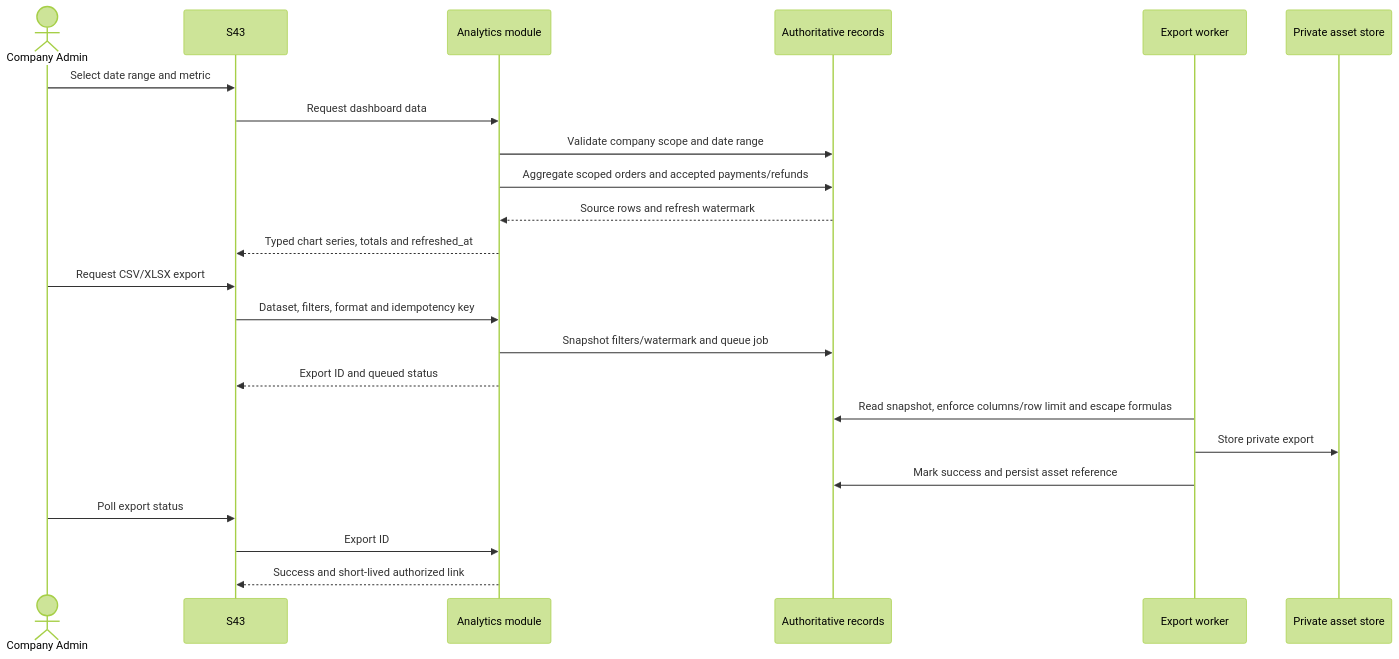
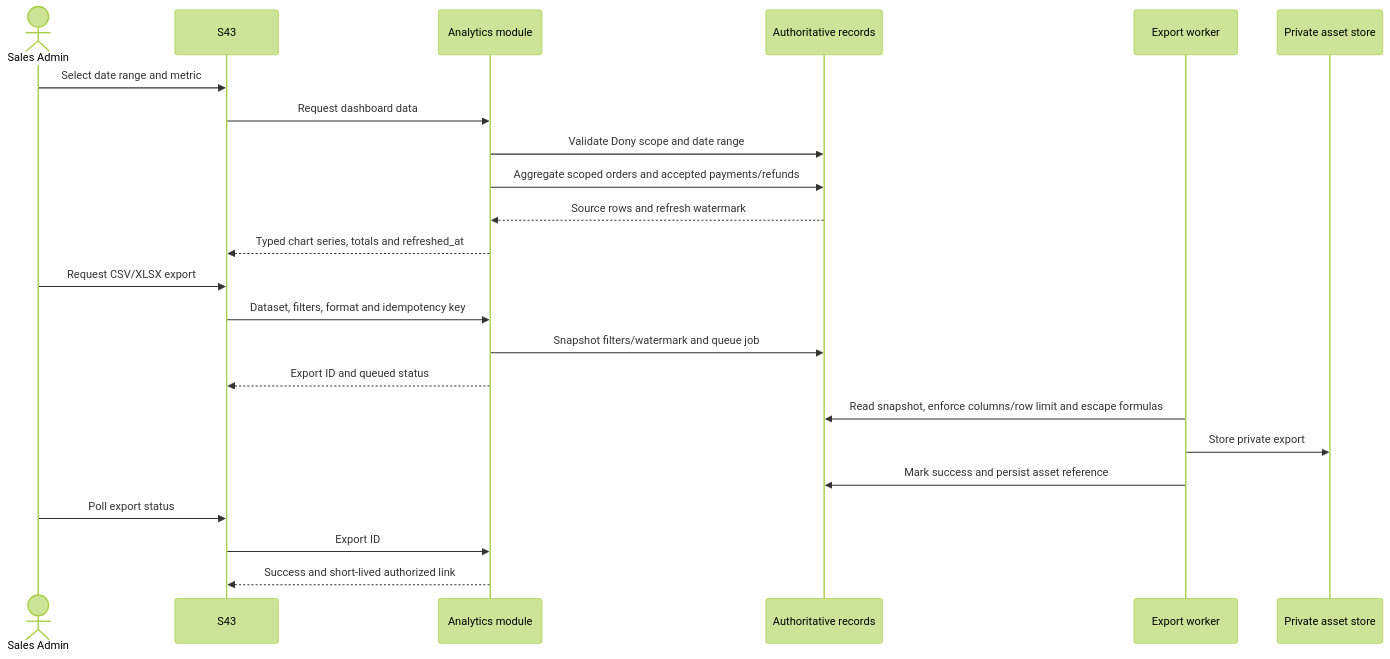
The second of 2 diagrams in specs/spec-MFG-11.md (ankhanhwork/weavelink-project), drawn with Mermaid (forest theme) before and after one commit. The commit also changed other lines of this file and 101 other files, not shown here.

````diff
--- a/specs/spec-MFG-11.md
+++ b/specs/spec-MFG-11.md
@@ -80,25 +83,25 @@
 ```mermaid
 sequenceDiagram
-    actor CompanyAdmin as Company Admin
+    actor SalesAdmin as Sales Admin
     participant AnalyticsUI as S43
     participant AnalyticsModule as Analytics module
     participant AuthoritativeDB as Authoritative records
     participant ExportWorker as Export worker
     participant PrivateAssetStore as Private asset store
-    CompanyAdmin->>AnalyticsUI: Select date range and metric
+    SalesAdmin->>AnalyticsUI: Select date range and metric
     AnalyticsUI->>AnalyticsModule: Request dashboard data
-    AnalyticsModule->>AuthoritativeDB: Validate company scope and date range
+    AnalyticsModule->>AuthoritativeDB: Validate Dony scope and date range
     AnalyticsModule->>AuthoritativeDB: Aggregate scoped orders and accepted payments/refunds
     AuthoritativeDB-->>AnalyticsModule: Source rows and refresh watermark
     AnalyticsModule-->>AnalyticsUI: Typed chart series, totals and refreshed_at
-    CompanyAdmin->>AnalyticsUI: Request CSV/XLSX export
+    SalesAdmin->>AnalyticsUI: Request CSV/XLSX export
     AnalyticsUI->>AnalyticsModule: Dataset, filters, format and idempotency key
     AnalyticsModule->>AuthoritativeDB: Snapshot filters/watermark and queue job
     AnalyticsModule-->>AnalyticsUI: Export ID and queued status
     ExportWorker->>AuthoritativeDB: Read snapshot, enforce columns/row limit and escape formulas
     ExportWorker->>PrivateAssetStore: Store private export
     ExportWorker->>AuthoritativeDB: Mark success and persist asset reference
-    CompanyAdmin->>AnalyticsUI: Poll export status
+    SalesAdmin->>AnalyticsUI: Poll export status
     AnalyticsUI->>AnalyticsModule: Export ID
     AnalyticsModule-->>AnalyticsUI: Success and short-lived authorized link
 ```
````
